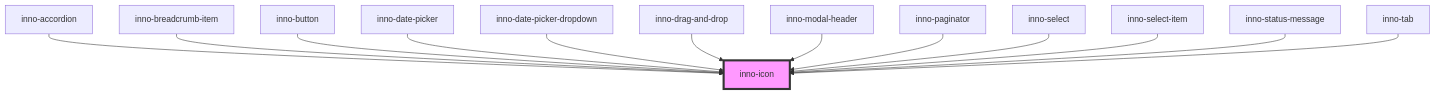
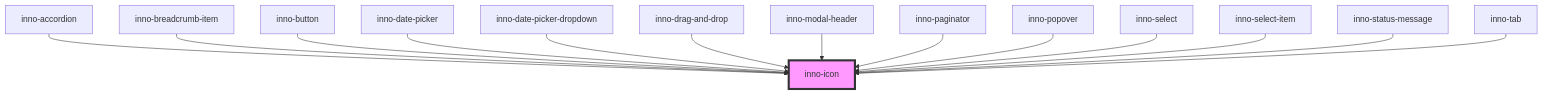
The diagram in packages/webdocs/docs/components/inno-icon/readme.md (innomotics/brand-experience), drawn with Mermaid before and after one commit. The commit also changed other lines of this file and 8 other files, not shown here.

````diff
--- a/packages/webdocs/docs/components/inno-icon/readme.md
+++ b/packages/webdocs/docs/components/inno-icon/readme.md
@@ -110,16 +111,17 @@
 ```mermaid
 graph TD;
   inno-accordion --> inno-icon
   inno-breadcrumb-item --> inno-icon
   inno-button --> inno-icon
   inno-date-picker --> inno-icon
   inno-date-picker-dropdown --> inno-icon
   inno-drag-and-drop --> inno-icon
   inno-modal-header --> inno-icon
   inno-paginator --> inno-icon
+  inno-popover --> inno-icon
   inno-select --> inno-icon
   inno-select-item --> inno-icon
   inno-status-message --> inno-icon
   inno-tab --> inno-icon
   style inno-icon fill:#f9f,stroke:#333,stroke-width:4px
 ```
````
